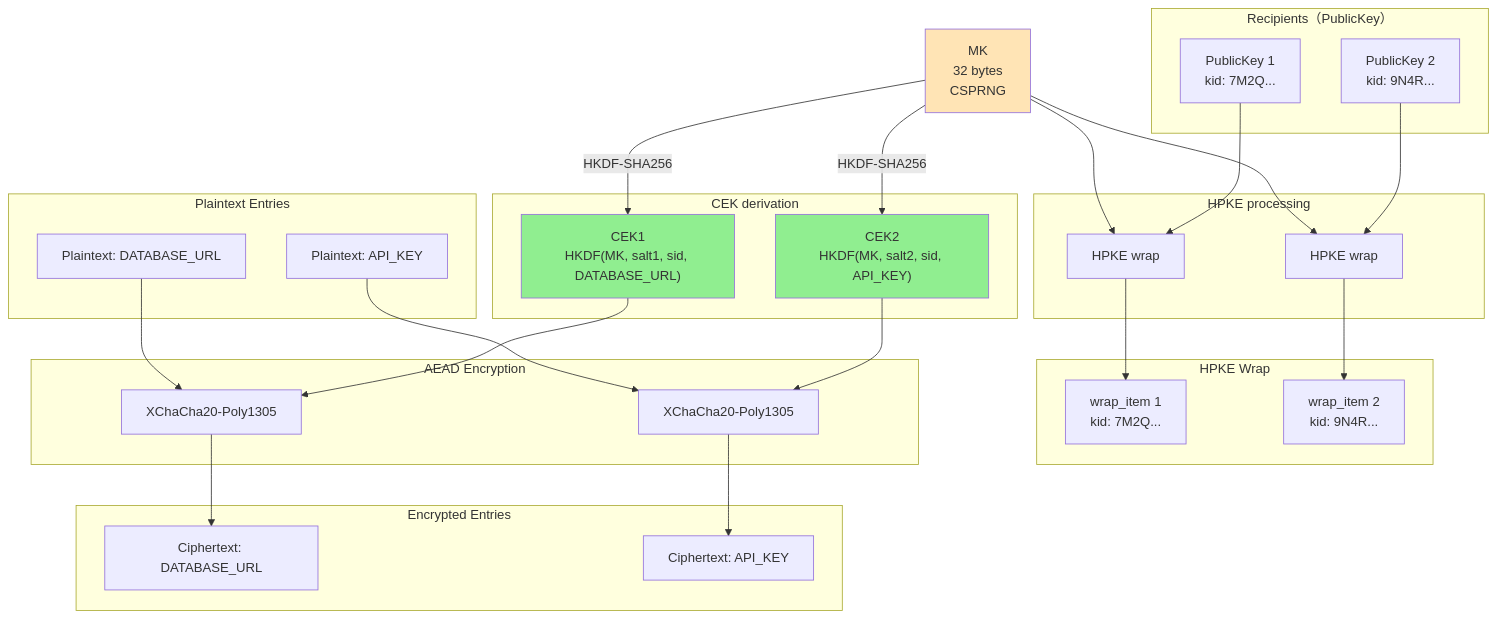
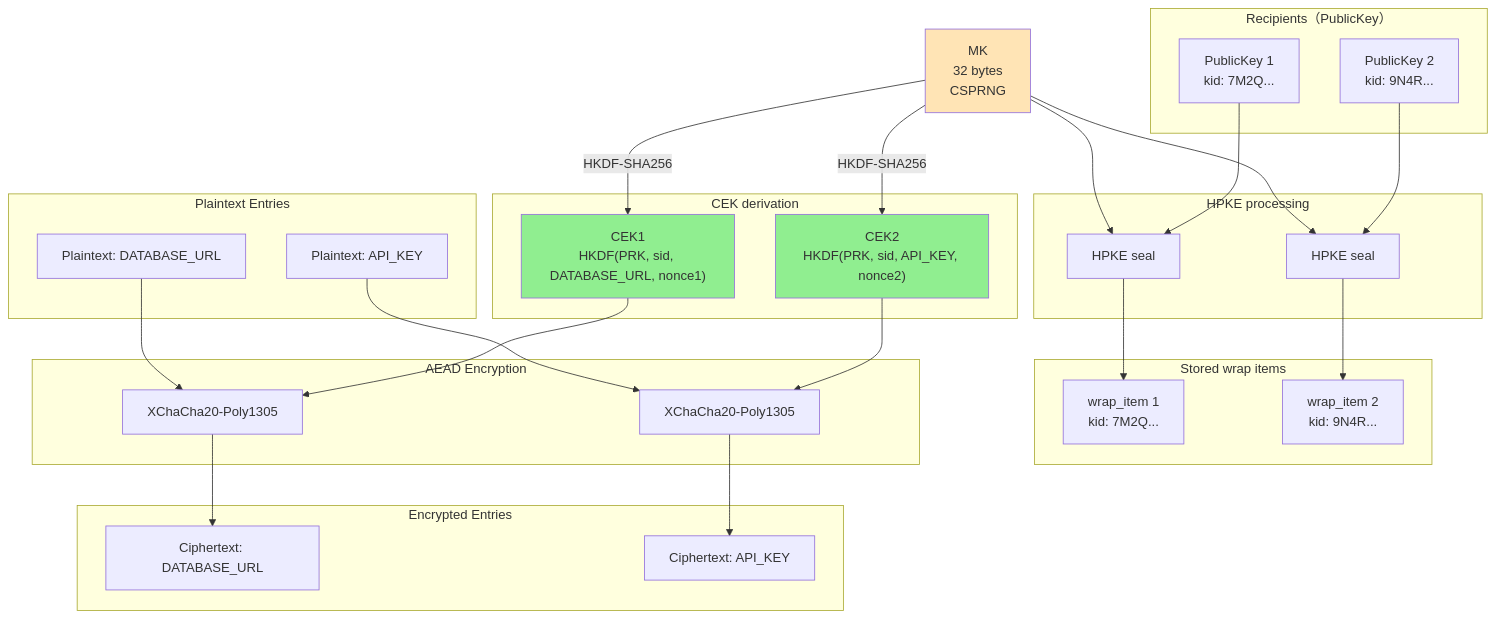
One commit to ebisawa/kapsaro changed the fourth of 6 diagrams in guides/security_design_en.md. Above: the diagram before and after it, drawn with Mermaid. The commit also changed other lines of this file and 271 other files, not shown here.

````diff
--- a/guides/security_design_en.md
+++ b/guides/security_design_en.md
@@ -853,58 +773,58 @@
 ```mermaid
 graph TB
     subgraph recipients["Recipients（PublicKey）"]
         PK1["PublicKey 1<br/>kid: 7M2Q..."]
         PK2["PublicKey 2<br/>kid: 9N4R..."]
     end
 
     subgraph hpke["HPKE processing"]
-        HPKE1[HPKE wrap]
-        HPKE2[HPKE wrap]
+        HPKE1[HPKE seal]
+        HPKE2[HPKE seal]
     end
 
-    subgraph wrap["HPKE Wrap"]
+    subgraph wrap["Stored wrap items"]
         W1["wrap_item 1<br/>kid: 7M2Q..."]
         W2["wrap_item 2<br/>kid: 9N4R..."]
     end
 
     MK["MK<br/>32 bytes<br/>CSPRNG"]
 
     subgraph cek["CEK derivation"]
-        CEK1["CEK1<br/>HKDF(MK, salt1, sid, DATABASE_URL)"]
-        CEK2["CEK2<br/>HKDF(MK, salt2, sid, API_KEY)"]
+        CEK1["CEK1<br/>HKDF(PRK, sid, DATABASE_URL, nonce1)"]
+        CEK2["CEK2<br/>HKDF(PRK, sid, API_KEY, nonce2)"]
     end
 
     subgraph p_entries["Plaintext Entries"]
         PE1["Plaintext: DATABASE_URL"]
         PE2["Plaintext: API_KEY"]
     end
 
     subgraph aead["AEAD Encryption"]
         AEAD1["XChaCha20-Poly1305"]
         AEAD2["XChaCha20-Poly1305"]
     end
 
     subgraph entries["Encrypted Entries"]
         E1["Ciphertext: DATABASE_URL"]
         E2["Ciphertext: API_KEY"]
     end
 
     PK1 --> HPKE1
     MK --> HPKE1
     HPKE1 --> W1
     PK2 --> HPKE2
     MK --> HPKE2
     HPKE2 --> W2
     MK -->|HKDF-SHA256| CEK1
     MK -->|HKDF-SHA256| CEK2
     CEK1 --> AEAD1
     PE1 --> AEAD1
     AEAD1 --> E1
     CEK2 --> AEAD2
     PE2 --> AEAD2
     AEAD2 --> E2
 
     style MK fill:#FFE4B5
     style CEK1 fill:#90EE90
     style CEK2 fill:#90EE90
 ```
````
